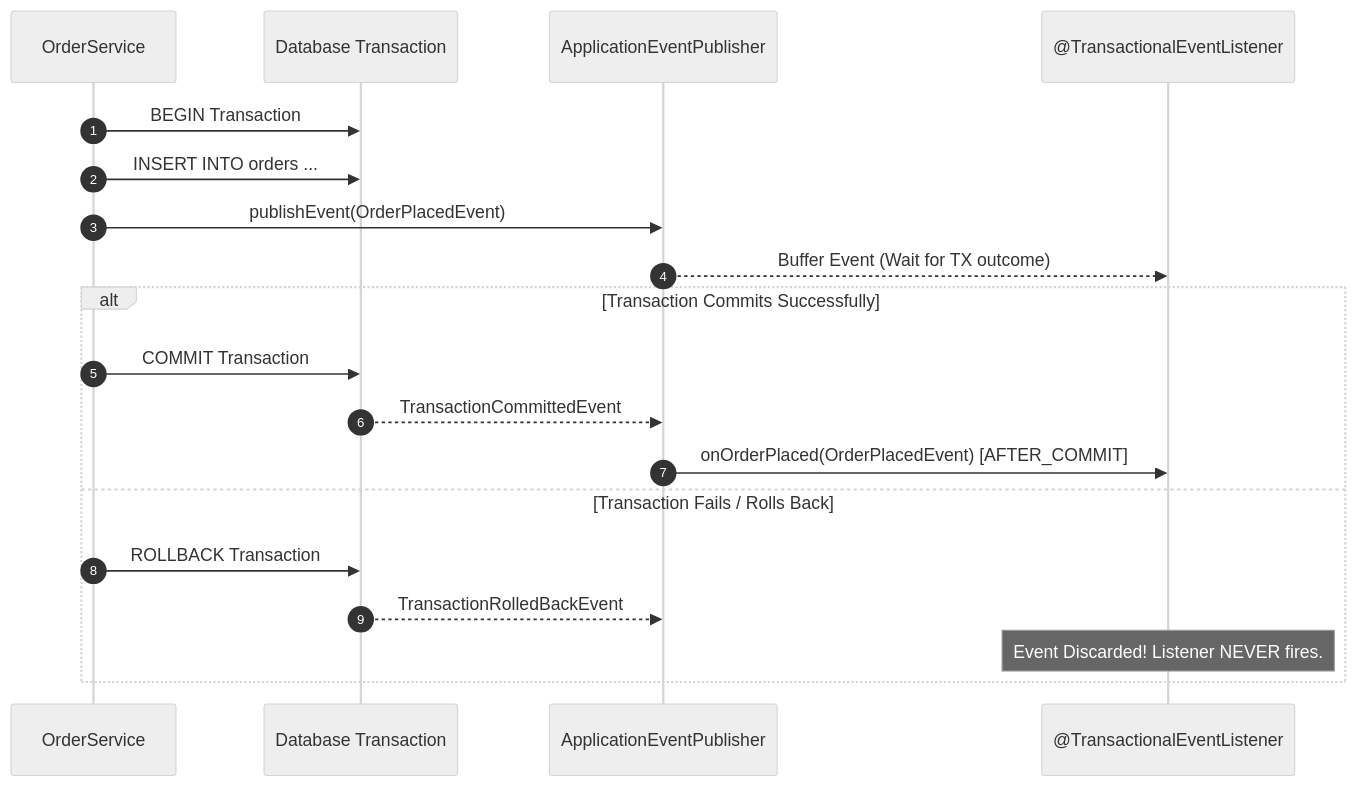
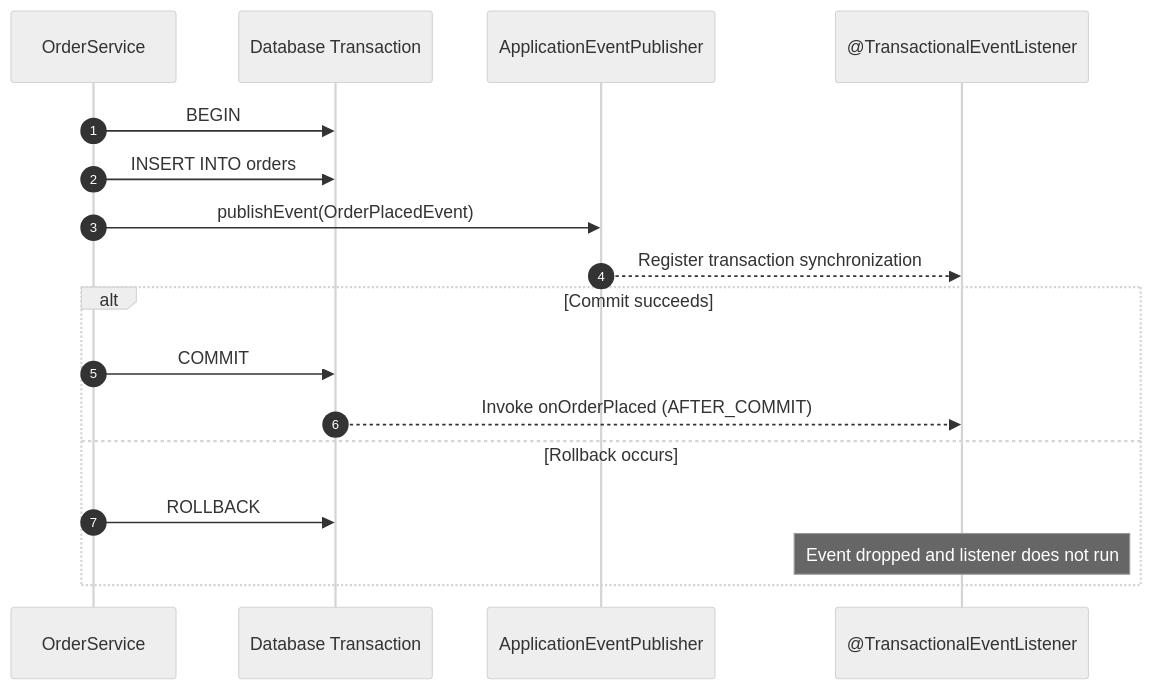
The second of 4 diagrams in content/roadmap/level-8/spring-events-caching-scheduling.md (ravishankar2463/java_hub), drawn with Mermaid (neutral theme) before and after one commit. The commit also changed other lines of this file and 119 other files, not shown here.

Commit message:
feat: add comprehensive java learning roadmap content across multiple levels

````diff
--- a/content/roadmap/level-8/spring-events-caching-scheduling.md
+++ b/content/roadmap/level-8/spring-events-caching-scheduling.md
@@ -77,23 +108,21 @@
 ```mermaid
 sequenceDiagram
     autonumber
-    participant App as OrderService
-    participant TX as Database Transaction
+    participant Service as OrderService
+    participant Tx as Database Transaction
     participant Pub as ApplicationEventPublisher
-    participant Lsnr as @TransactionalEventListener
+    participant Listener as @TransactionalEventListener
 
-    App->>TX: BEGIN Transaction
-    App->>TX: INSERT INTO orders ...
-    App->>Pub: publishEvent(OrderPlacedEvent)
-    Pub-->>Lsnr: Buffer Event (Wait for TX outcome)
-    
-    alt Transaction Commits Successfully
-        App->>TX: COMMIT Transaction
-        TX-->>Pub: TransactionCommittedEvent
-        Pub->>Lsnr: onOrderPlaced(OrderPlacedEvent) [AFTER_COMMIT]
-    else Transaction Fails / Rolls Back
-        App->>TX: ROLLBACK Transaction
-        TX-->>Pub: TransactionRolledBackEvent
-        Note over Lsnr: Event Discarded! Listener NEVER fires.
+    Service->>Tx: BEGIN
+    Service->>Tx: INSERT INTO orders
+    Service->>Pub: publishEvent(OrderPlacedEvent)
+    Pub-->>Listener: Register transaction synchronization
+
+    alt Commit succeeds
+        Service->>Tx: COMMIT
+        Tx-->>Listener: Invoke onOrderPlaced (AFTER_COMMIT)
+    else Rollback occurs
+        Service->>Tx: ROLLBACK
+        Note over Listener: Event dropped and listener does not run
     end
 ```
````
